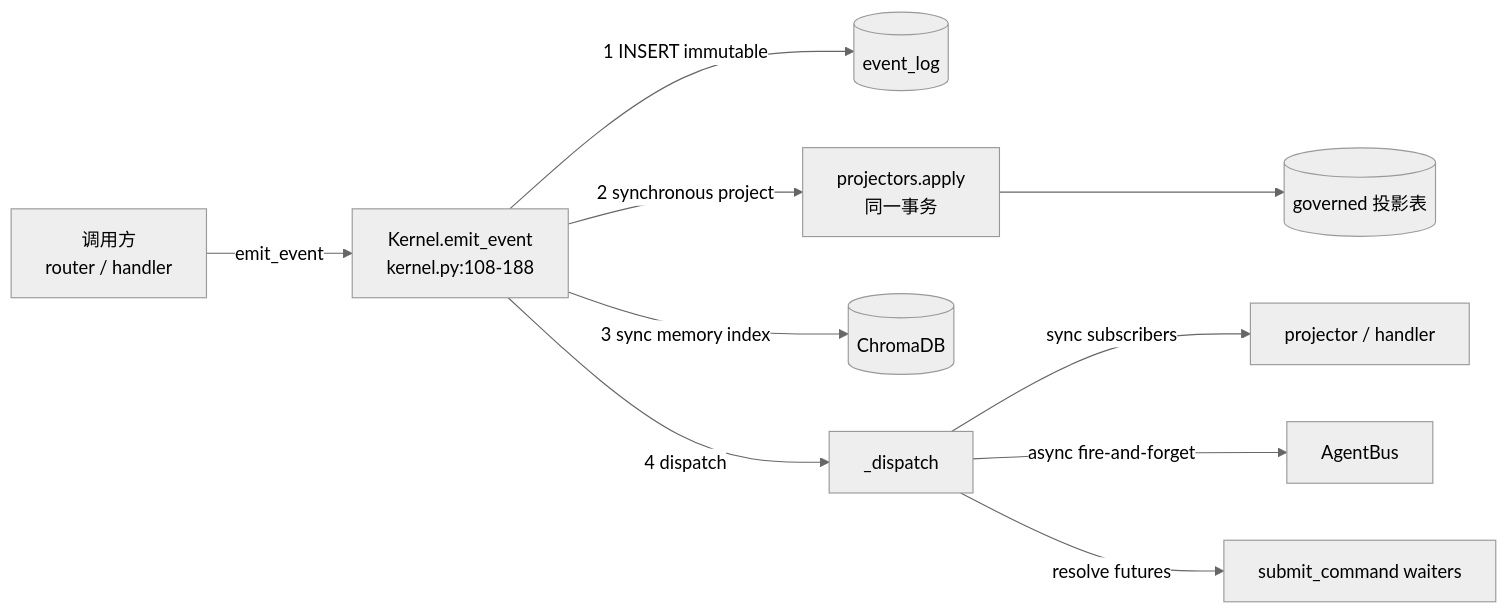
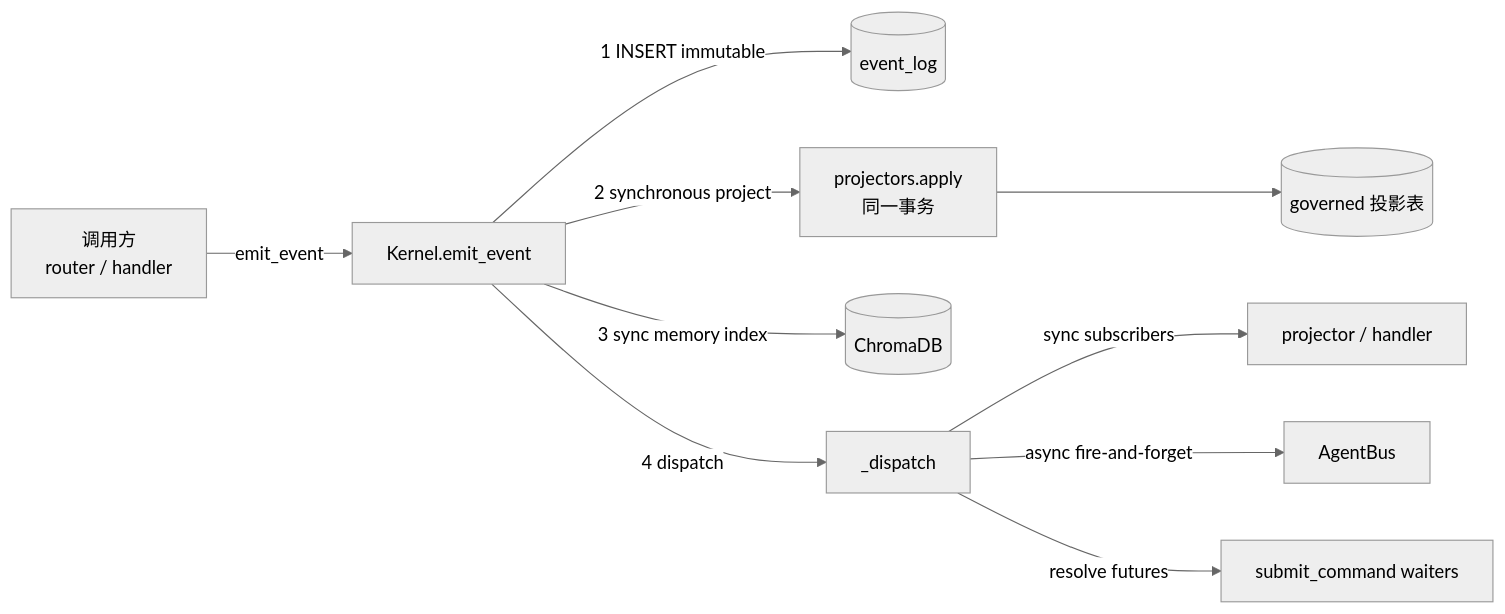
One commit to yyyyyyyy/personal-ai-runtime changed the second of 3 diagrams in docs/01-overview/architecture.md. Above: the diagram before and after it, drawn with Mermaid (neutral theme). The commit also changed 14 other files, not shown here.

````diff
--- a/docs/01-overview/architecture.md
+++ b/docs/01-overview/architecture.md
@@ -58,12 +58,12 @@
 ```mermaid
 flowchart LR
-    Caller[调用方<br/>router / handler] -->|emit_event| E["Kernel.emit_event<br/>kernel.py:108-188"]
+    Caller[调用方<br/>router / handler] -->|emit_event| E["Kernel.emit_event"]
     E -->|1 INSERT immutable| L[(event_log)]
     E -->|2 synchronous project| P["projectors.apply<br/>同一事务"]
     P --> S[(governed 投影表)]
     E -->|3 sync memory index| C[(ChromaDB)]
     E -->|4 dispatch| D[_dispatch]
     D -->|sync subscribers| Sub[projector / handler]
     D -->|async fire-and-forget| Bus[AgentBus]
     D -->|resolve futures| Fut[submit_command waiters]
 ```
````
